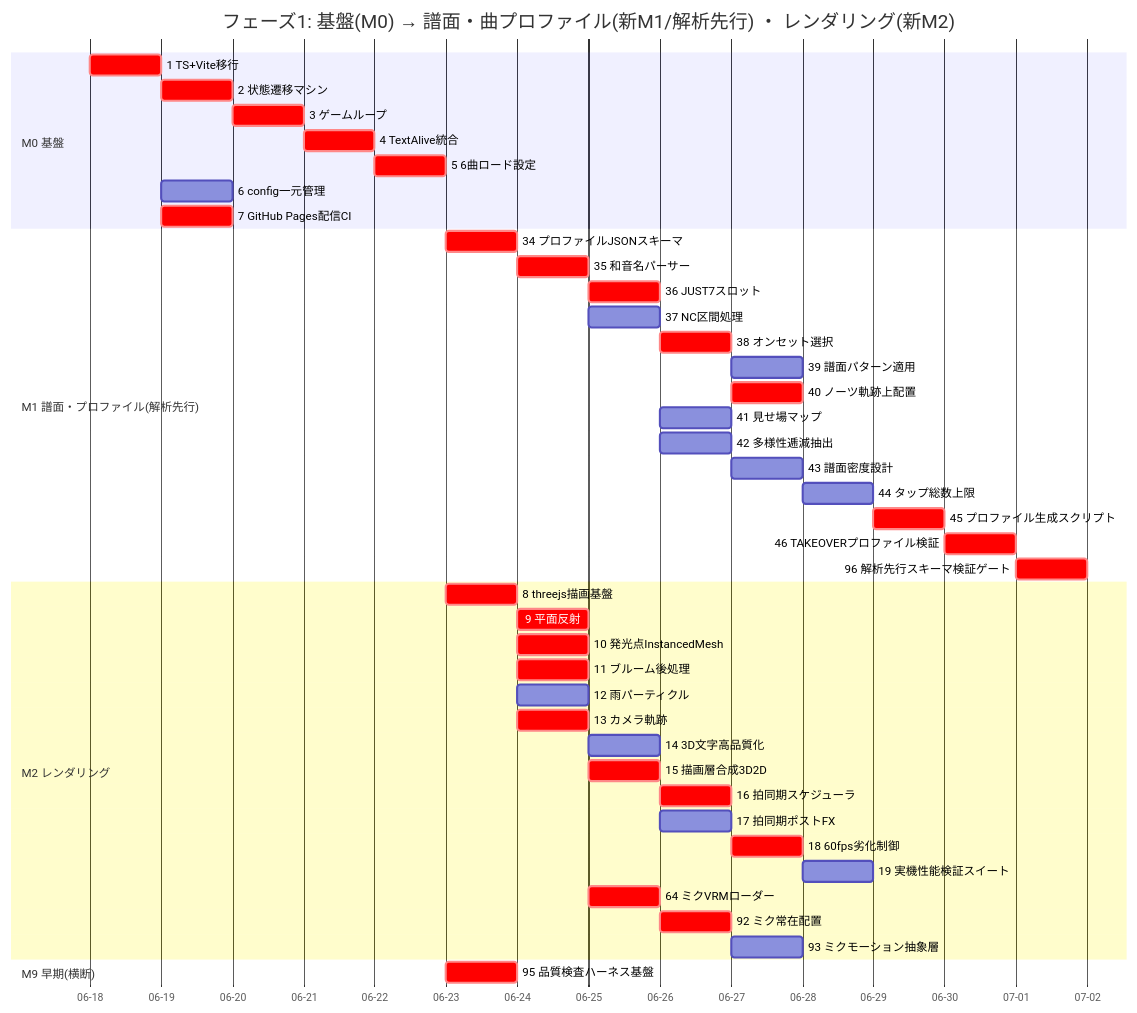
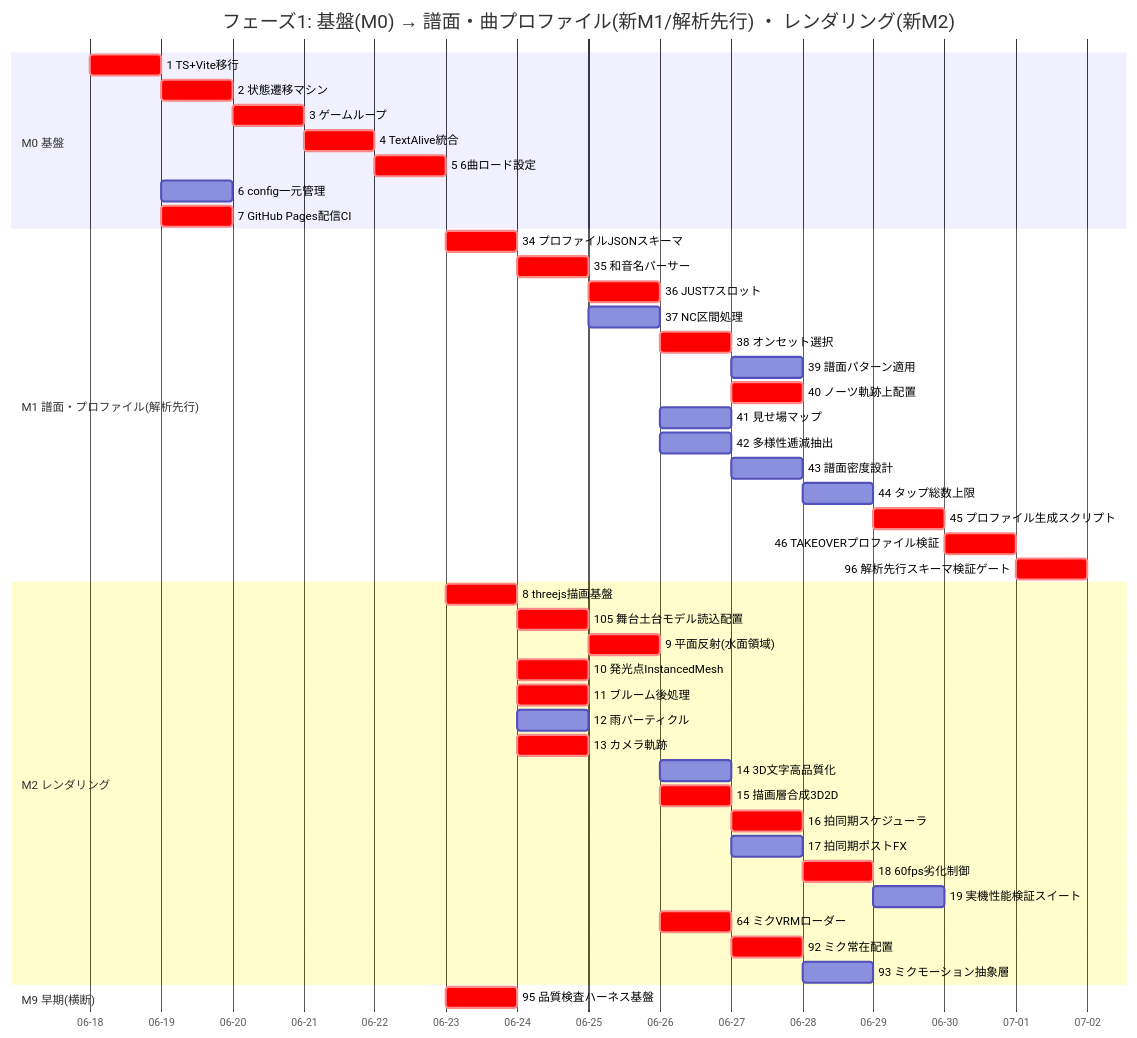
Before and after one commit to KaitoShioya/magical-mirai-2026-procon: the second of 4 diagrams in docs/dev-roadmap-gantt.md, drawn with Mermaid. The commit also changed other lines of this file and 11 other files, not shown here.

````diff
--- a/docs/dev-roadmap-gantt.md
+++ b/docs/dev-roadmap-gantt.md
@@ -68,47 +68,48 @@
 ```mermaid
 gantt
   title フェーズ1: 基盤(M0) → 譜面・曲プロファイル(新M1/解析先行) ・ レンダリング(新M2)
   dateFormat YYYY-MM-DD
   axisFormat %m-%d
   section M0 基盤
     1 TS+Vite移行          :crit, i1, 2026-06-18, 1d
     2 状態遷移マシン        :crit, i2, after i1, 1d
     3 ゲームループ          :crit, i3, after i2, 1d
     4 TextAlive統合         :crit, i4, after i3, 1d
     5 6曲ロード設定         :crit, i5, after i4, 1d
     6 config一元管理        :i6, after i1, 1d
     7 GitHub Pages配信CI    :crit, i7, after i1, 1d
   section M1 譜面・プロファイル(解析先行)
     34 プロファイルJSONスキーマ :crit, i34, after i5, 1d
     35 和音名パーサー         :crit, i35, after i34, 1d
     36 JUST7スロット          :crit, i36, after i35, 1d
     37 NC区間処理            :i37, after i35, 1d
     38 オンセット選択         :crit, i38, after i36, 1d
     39 譜面パターン適用        :i39, after i38, 1d
     40 ノーツ軌跡上配置        :crit, i40, after i38, 1d
     41 見せ場マップ           :i41, after i36, 1d
     42 多様性逓減抽出         :i42, after i36, 1d
     43 譜面密度設計           :i43, after i41, 1d
     44 タップ総数上限         :i44, after i43, 1d
     45 プロファイル生成スクリプト :crit, i45, after i40 i41 i43 i44, 1d
     46 TAKEOVERプロファイル検証 :crit, i46, after i45, 1d
     96 解析先行スキーマ検証ゲート :crit, i96, after i46, 1d
   section M2 レンダリング
     8 threejs描画基盤        :crit, i8, after i5, 1d
-    9 平面反射               :crit, i9, after i8, 1d
+    105 舞台土台モデル読込配置 :crit, i105, after i8, 1d
+    9 平面反射(水面領域)      :crit, i9, after i105, 1d
     10 発光点InstancedMesh   :crit, i10, after i8, 1d
     11 ブルーム後処理         :crit, i11, after i8, 1d
     12 雨パーティクル         :i12, after i8, 1d
     13 カメラ軌跡            :crit, i13, after i8, 1d
     14 3D文字高品質化         :i14, after i9, 1d
     15 描画層合成3D2D         :crit, i15, after i9 i10 i11, 1d
     16 拍同期スケジューラ      :crit, i16, after i15, 1d
     17 拍同期ポストFX         :i17, after i15, 1d
     18 60fps劣化制御         :crit, i18, after i16, 1d
     19 実機性能検証スイート    :i19, after i18, 1d
     64 ミクVRMローダー        :crit, i64, after i9 i11, 1d
     92 ミク常在配置          :crit, i92, after i64, 1d
     93 ミクモーション抽象層    :i93, after i92, 1d
   section M9 早期(横断)
     95 品質検査ハーネス基盤    :crit, i95, after i5, 1d
 ```
````
